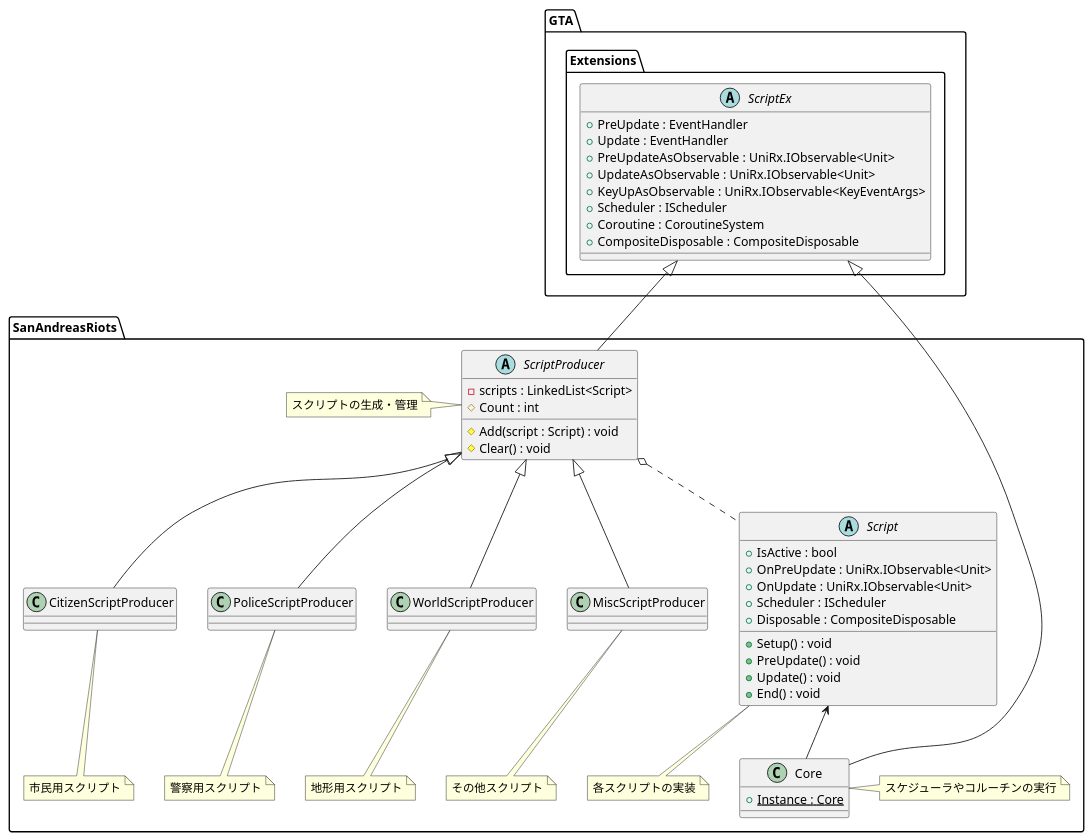
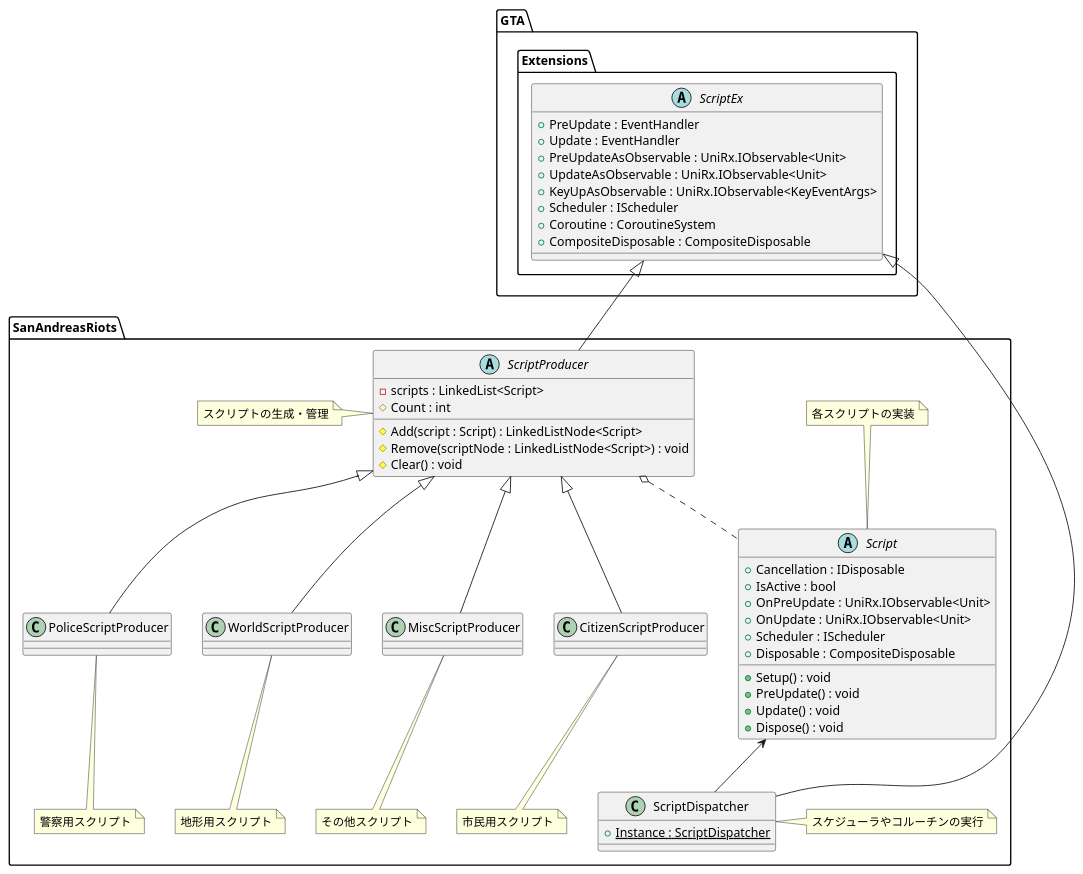
One commit to Hackbesh/GTA5-SARiots changed the diagram in ClassDiagram.plantuml. Above: the diagram before and after it, drawn with PlantUML. The commit also changed 1 other file, not shown here.

```diff
--- a/ClassDiagram.plantuml
+++ b/ClassDiagram.plantuml
@@ -1,77 +1,79 @@
 @startuml SanAndreasRiotsClassDiagram
 
 namespace SanAndreasRiots {    
 
     abstract class ScriptProducer {
         - scripts : LinkedList<Script>
         # Count : int
-        # Add(script : Script) : void
+        # Add(script : Script) : LinkedListNode<Script>
+        # Remove(scriptNode : LinkedListNode<Script>) : void
         # Clear() : void
     }
     note left : スクリプトの生成・管理
 
     abstract class Script {
+        + Cancellation : IDisposable
         + IsActive : bool
         + OnPreUpdate : UniRx.IObservable<Unit>
         + OnUpdate : UniRx.IObservable<Unit>
         + Scheduler : IScheduler
         + Disposable : CompositeDisposable
         + Setup() : void
         + PreUpdate() : void
         + Update() : void
-        + End() : void
+        + Dispose() : void
     }
-    note bottom: 各スクリプトの実装
+    note top: 各スクリプトの実装
 
     class CitizenScriptProducer {
 
     }
     note bottom : 市民用スクリプト
 
     class PoliceScriptProducer {
 
     }
     note bottom : 警察用スクリプト
 
     class WorldScriptProducer {
 
     }
     note bottom : 地形用スクリプト
 
     class MiscScriptProducer {
         
     }
     note bottom : その他スクリプト
 
-    class Core {
-        + {static} Instance : Core
+    class ScriptDispatcher {
+        + {static} Instance : ScriptDispatcher
     }
     note right : スケジューラやコルーチンの実行
 
 }
 
 namespace GTA.Extensions {
 
     abstract class ScriptEx {
         + PreUpdate : EventHandler
         + Update : EventHandler
         + PreUpdateAsObservable : UniRx.IObservable<Unit>
         + UpdateAsObservable : UniRx.IObservable<Unit>
         + KeyUpAsObservable : UniRx.IObservable<KeyEventArgs>
         + Scheduler : IScheduler
         + Coroutine : CoroutineSystem
         + CompositeDisposable : CompositeDisposable
     }
 
 }
 
-GTA.Extensions.ScriptEx <|-- SanAndreasRiots.Core
+GTA.Extensions.ScriptEx <|-- SanAndreasRiots.ScriptDispatcher
 GTA.Extensions.ScriptEx <|-- SanAndreasRiots.ScriptProducer
 SanAndreasRiots.ScriptProducer <|-- SanAndreasRiots.CitizenScriptProducer
 SanAndreasRiots.ScriptProducer <|-- SanAndreasRiots.PoliceScriptProducer
 SanAndreasRiots.ScriptProducer <|-- SanAndreasRiots.WorldScriptProducer
 SanAndreasRiots.ScriptProducer <|-- SanAndreasRiots.MiscScriptProducer
 SanAndreasRiots.ScriptProducer o.. SanAndreasRiots.Script
-SanAndreasRiots.Script <-- SanAndreasRiots.Core
+SanAndreasRiots.Script <-- SanAndreasRiots.ScriptDispatcher
 
 @enduml
```
